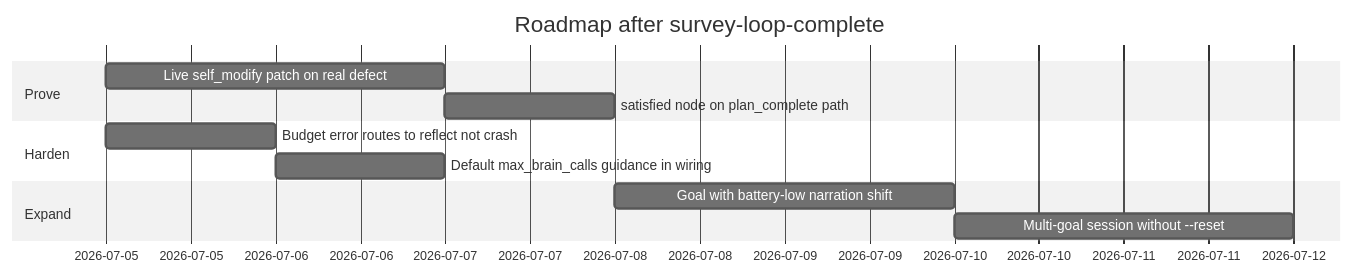
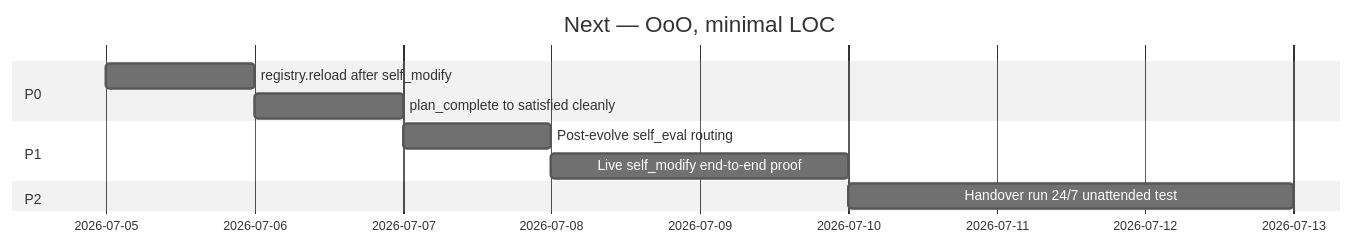
The fifth of 5 diagrams in README.md (wgabrys88/endgame-ai), drawn with Mermaid (neutral theme) before and after one commit. The commit also changed other lines of this file, not shown here.

Commit message:
docs: handover vision, runtime hot-swap gap, post-evolve self-eval — README aligned

````diff
--- a/README.md
+++ b/README.md
@@ -254,14 +180,13 @@
 ```mermaid
 gantt
-    title Roadmap after survey-loop-complete
+    title Next — OoO, minimal LOC
     dateFormat YYYY-MM-DD
-    section Prove
-    Live self_modify patch on real defect     :a1, 2026-07-05, 2d
-    satisfied node on plan_complete path      :a2, after a1, 1d
-    section Harden
-    Budget error routes to reflect not crash  :b1, 2026-07-05, 1d
-    Default max_brain_calls guidance in wiring :b2, after b1, 1d
-    section Expand
-    Goal with battery-low narration shift     :c1, after a2, 2d
-    Multi-goal session without --reset        :c2, after c1, 2d
+    section P0
+    registry.reload after self_modify     :a1, 2026-07-05, 1d
+    plan_complete to satisfied cleanly    :a2, after a1, 1d
+    section P1
+    Post-evolve self_eval routing         :b1, after a2, 1d
+    Live self_modify end-to-end proof     :b2, after b1, 2d
+    section P2
+    Handover run 24/7 unattended test     :c1, after b2, 3d
 ```
````
